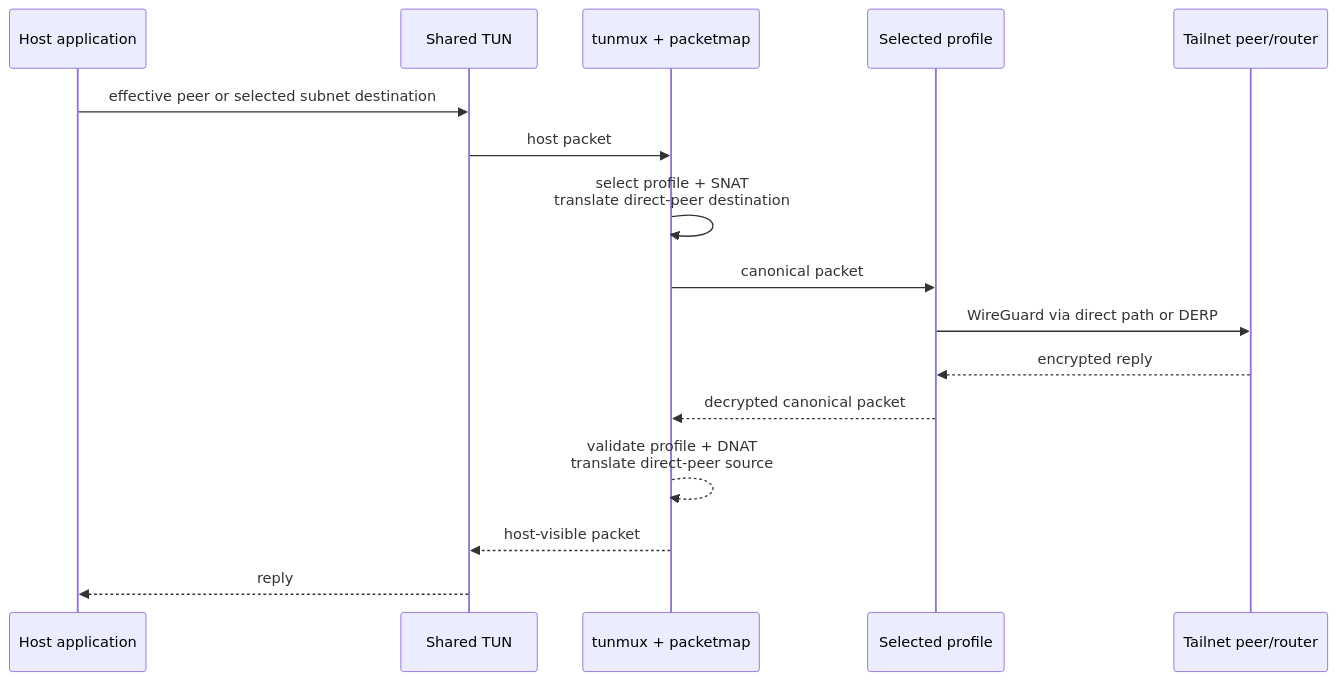
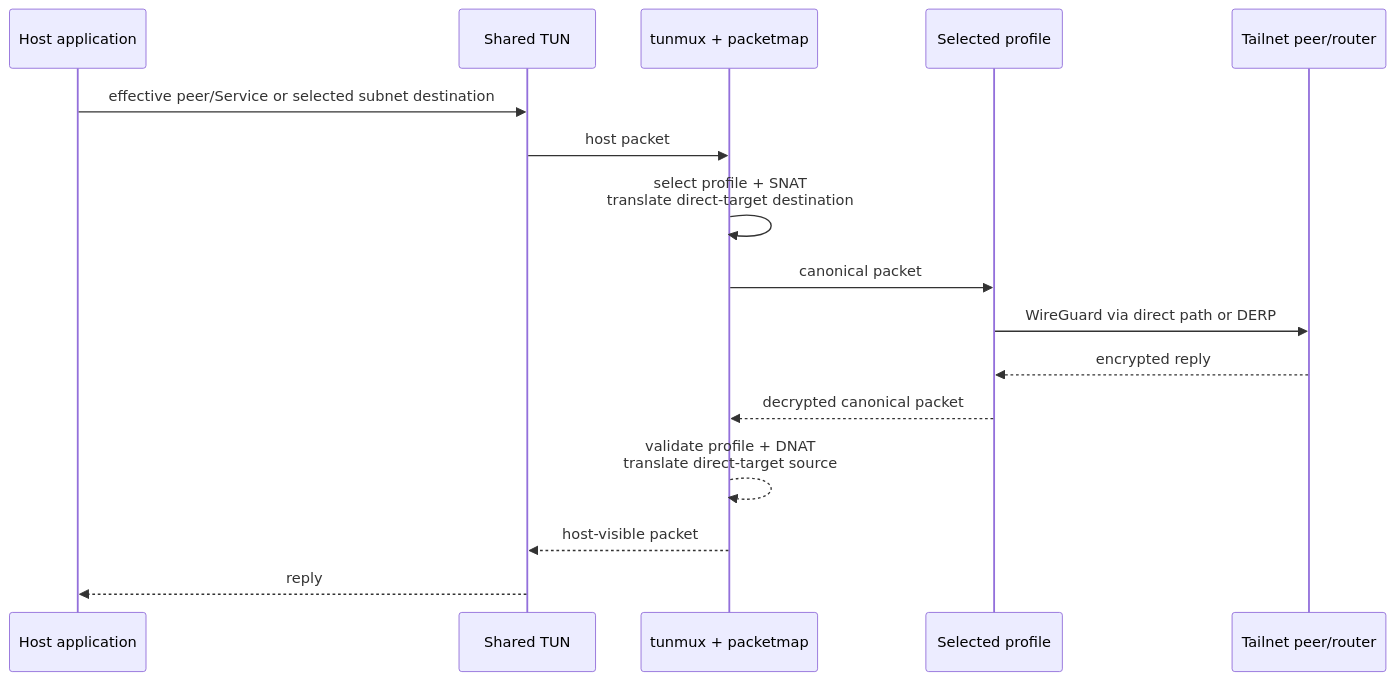
The third of 5 diagrams in docs/architecture.md (maisem/tailmix), drawn with Mermaid before and after one commit. The commit also changed other lines of this file and 9 other files, not shown here.

````diff
--- a/docs/architecture.md
+++ b/docs/architecture.md
@@ -228,19 +233,19 @@
 ```mermaid
 sequenceDiagram
     participant App as Host application
     participant TUN as Shared TUN
     participant Mux as tunmux + packetmap
     participant Engine as Selected profile
     participant Peer as Tailnet peer/router
 
-    App->>TUN: effective peer or selected subnet destination
+    App->>TUN: effective peer/Service or selected subnet destination
     TUN->>Mux: host packet
-    Mux->>Mux: select profile + SNAT<br/>translate direct-peer destination
+    Mux->>Mux: select profile + SNAT<br/>translate direct-target destination
     Mux->>Engine: canonical packet
     Engine->>Peer: WireGuard via direct path or DERP
     Peer-->>Engine: encrypted reply
     Engine-->>Mux: decrypted canonical packet
-    Mux-->>Mux: validate profile + DNAT<br/>translate direct-peer source
+    Mux-->>Mux: validate profile + DNAT<br/>translate direct-target source
     Mux-->>TUN: host-visible packet
     TUN-->>App: reply
 ```
````
